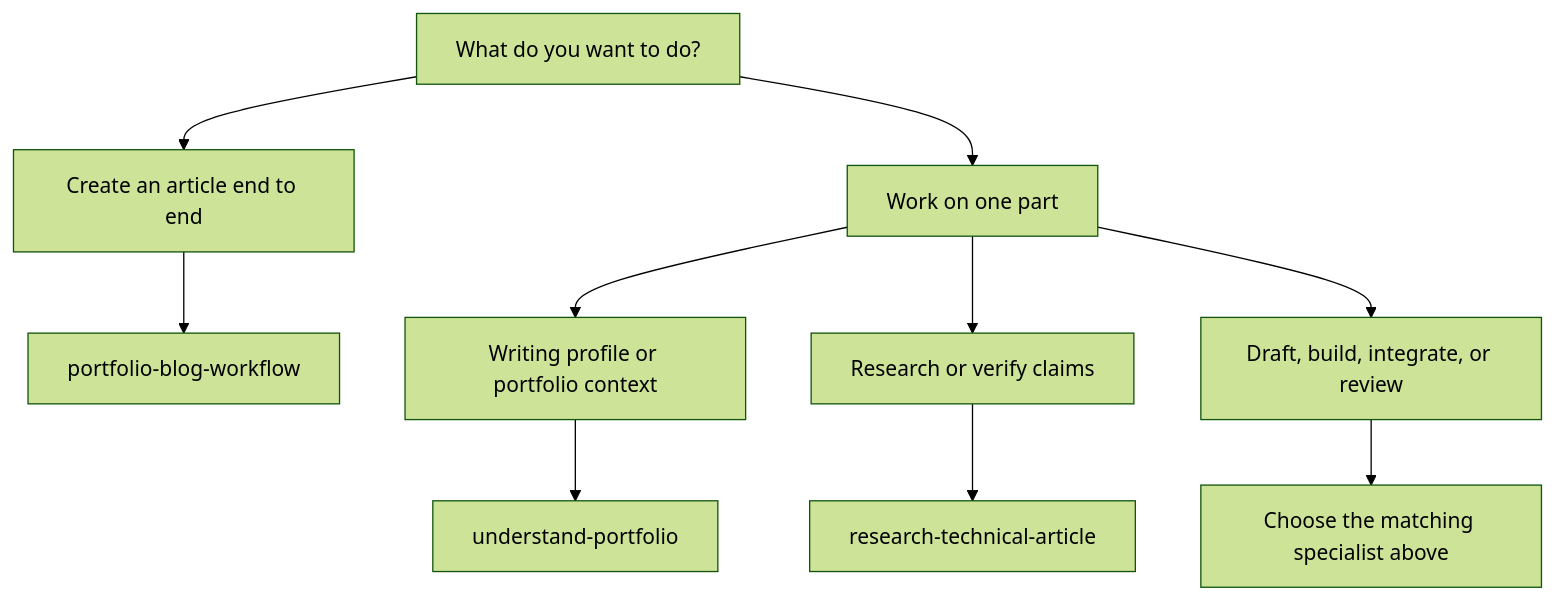
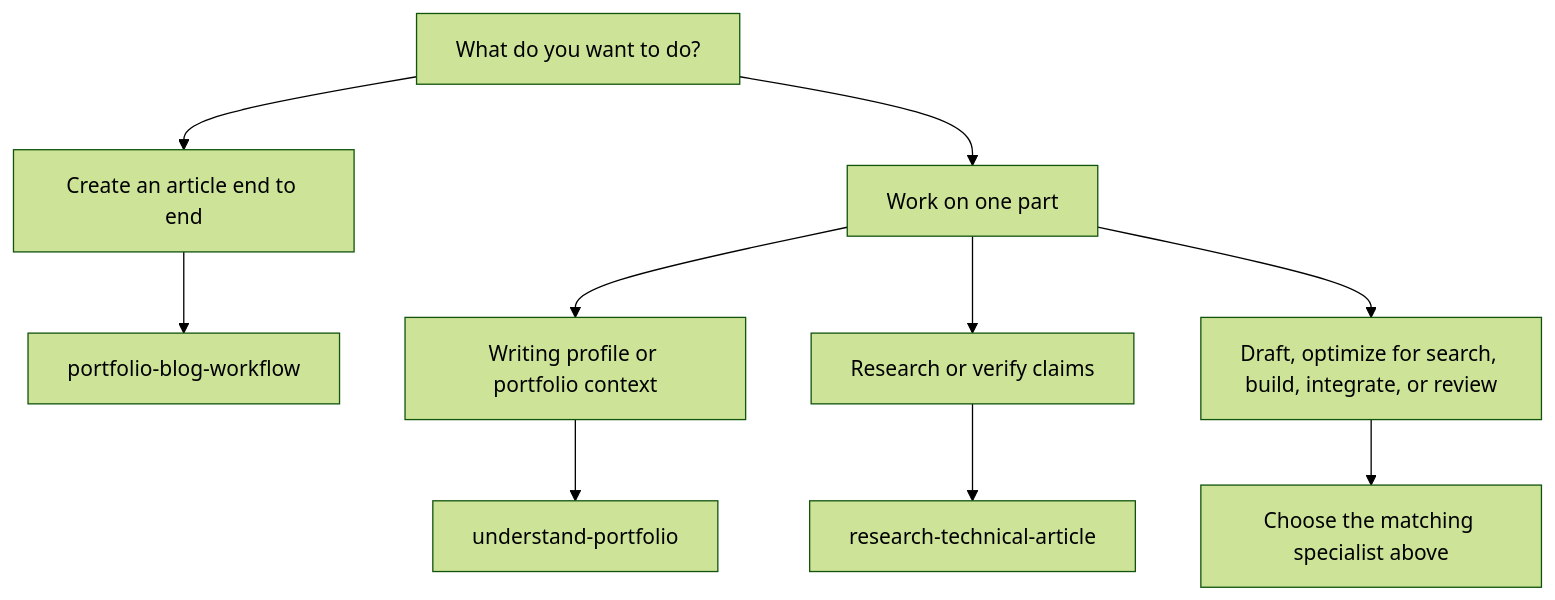
One commit to sushilburagute/research-kit changed the second of 2 diagrams in README.md. Above: the diagram before and after it, drawn with Mermaid (forest theme). The commit also changed other lines of this file and 19 other files, not shown here.

````diff
--- a/README.md
+++ b/README.md
@@ -75,12 +79,12 @@
 ```mermaid
 flowchart TD
     Start["What do you want to do?"] --> Full["Create an article end to end"]
     Start --> Focus["Work on one part"]
     Full --> Workflow["portfolio-blog-workflow"]
     Focus --> Setup["Writing profile or portfolio context"]
     Focus --> Evidence["Research or verify claims"]
-    Focus --> Other["Draft, build, integrate, or review"]
+    Focus --> Other["Draft, optimize for search, build, integrate, or review"]
     Setup --> Understand["understand-portfolio"]
     Evidence --> ResearchSkill["research-technical-article"]
     Other --> Specialist["Choose the matching specialist above"]
 ```
````
